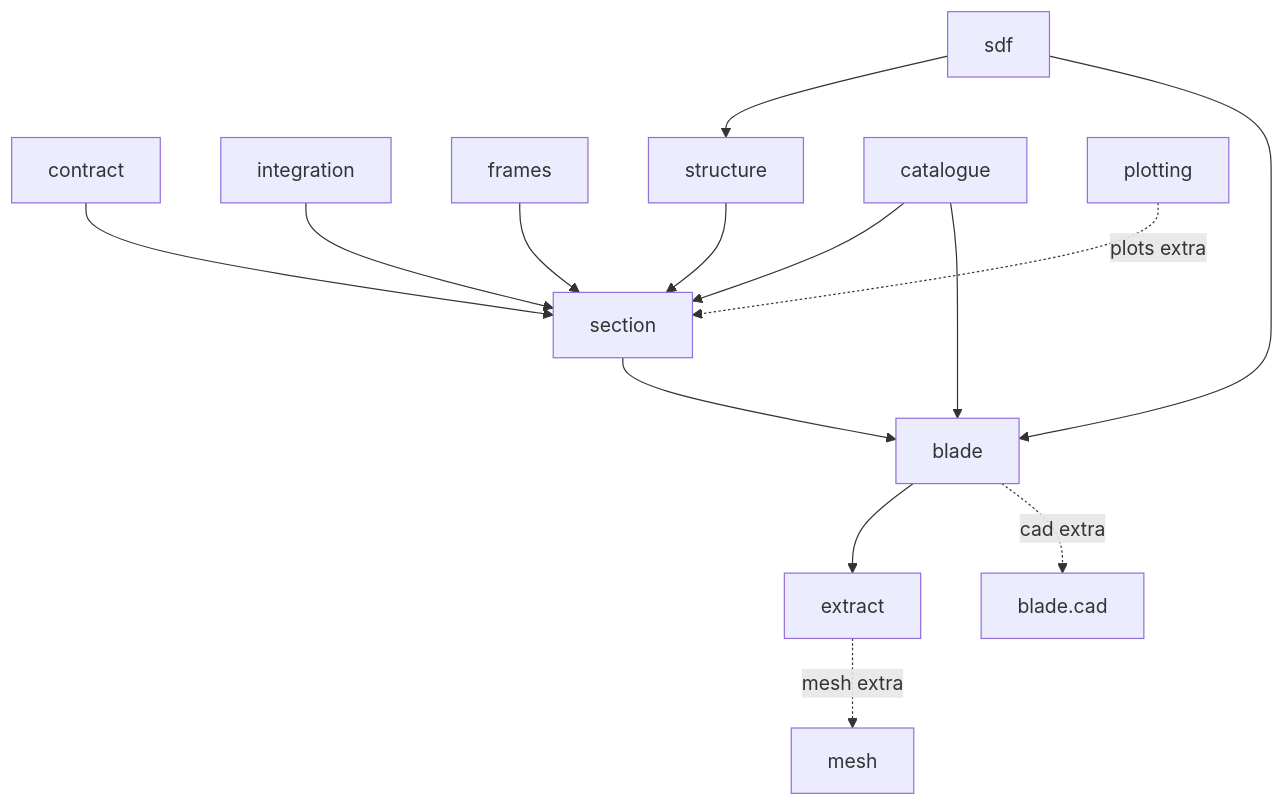
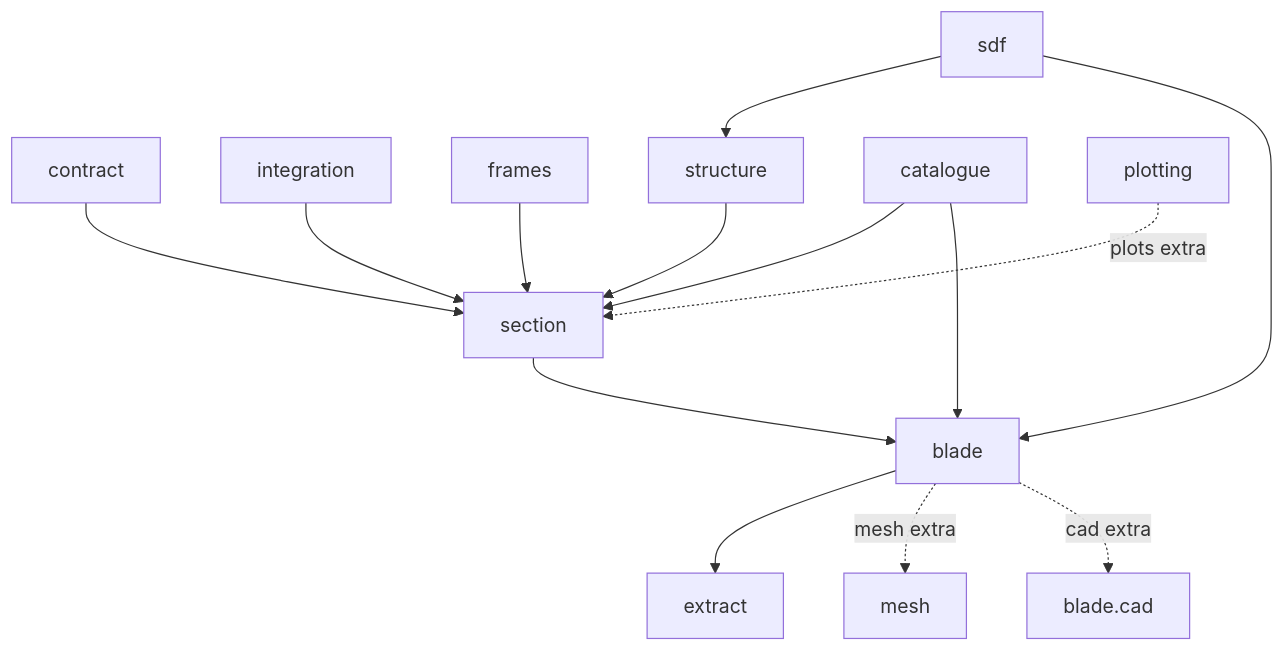
The first of 2 diagrams in docs/README.md (samhughes-fea/implicit-geometry-kernel), drawn with Mermaid before and after one commit. The commit also changed 13 other files, not shown here.

First line of the commit message:
docs: refresh architecture notes and unreleased changelog

````diff
--- a/docs/README.md
+++ b/docs/README.md
@@ -35,28 +35,28 @@
 ```mermaid
 flowchart TB
   contract[contract]
   sdf[sdf]
   integration[integration]
   frames[frames]
   structure[structure]
   catalogue[catalogue]
   section[section]
   blade[blade]
   extract[extract]
   plotting[plotting]
-  mesh[mesh]
+  meshPkg[mesh]
   cad[blade.cad]
   sdf --> structure
   frames --> section
   integration --> section
   structure --> section
   catalogue --> section
   catalogue --> blade
   contract --> section
   section --> blade
   sdf --> blade
   blade --> extract
   plotting -.->|plots extra| section
-  extract -.->|mesh extra| mesh
+  blade -.->|mesh extra| meshPkg
   blade -.->|cad extra| cad
 ```
````
